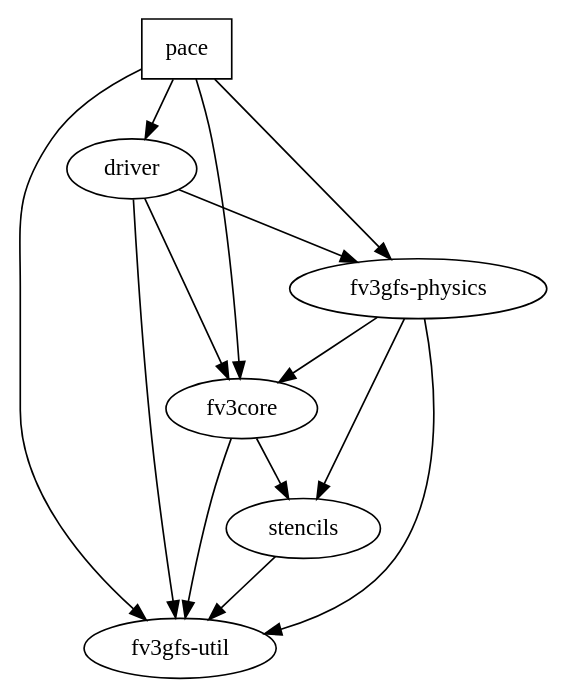
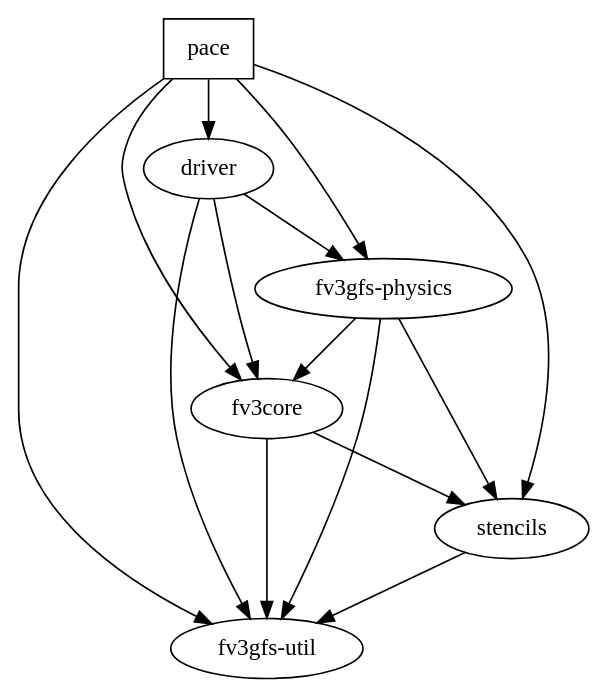
One commit to ai2cm/pace changed the diagram in dependencies.dot. Above: the diagram before and after it, drawn with Graphviz. The commit also changed 2 other files, not shown here.

```diff
--- a/dependencies.dot
+++ b/dependencies.dot
@@ -1,29 +1,31 @@
 # this dotfile is used as a reference source for project dependencies
 # each folder entry must have a "label" equal to its directory name
 #
 # If you update this file, please re-generate the svg with `make dependencies.svg`
 # and commit it to the repository
 
 digraph {
   pace [shape=box]
   fv3core [shape=oval, label="fv3core"]
   driver [shape=oval, label="driver"]
   physics [shape=oval, label="fv3gfs-physics"]
+  stencils [shape=oval, label="stencils"]
   util [shape=oval, label="fv3gfs-util"]
-  stencils [shape=oval, label="stencils"]
+
 
   pace -> fv3core
   pace -> physics
   pace -> util
   pace -> driver
+  pace -> stencils
   driver -> fv3core
   driver -> physics
   driver -> util
   fv3core -> util
+  fv3core -> stencils
   physics -> util
   physics -> fv3core
-  fv3core -> stencils
   physics -> stencils
   stencils -> util
 
 }
```
